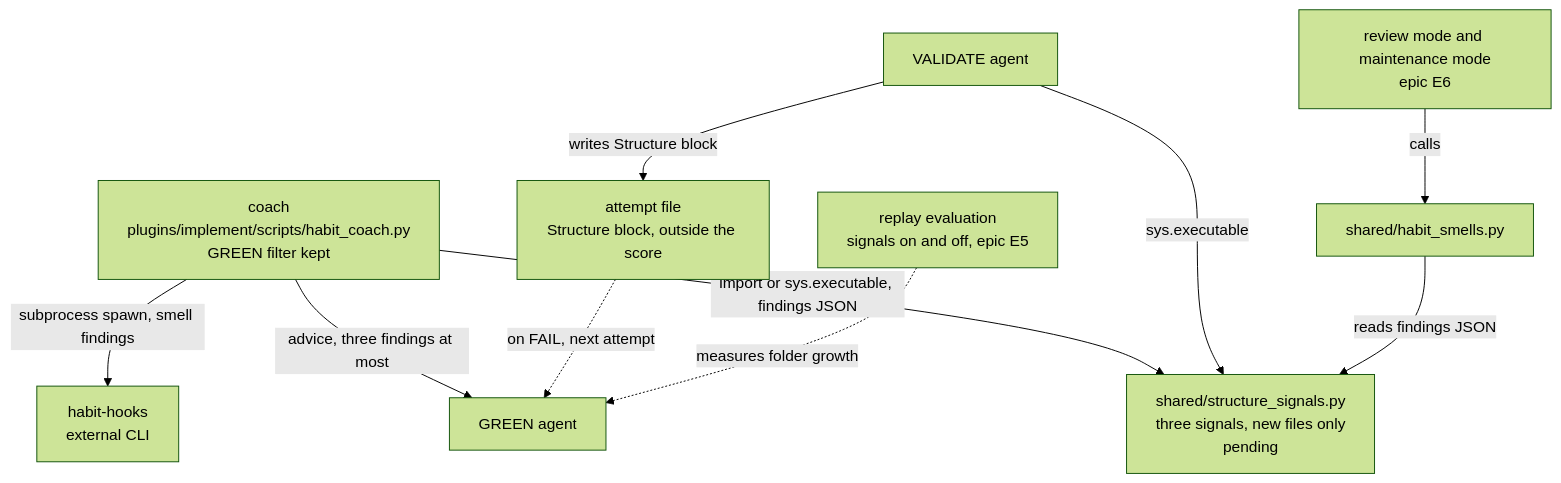
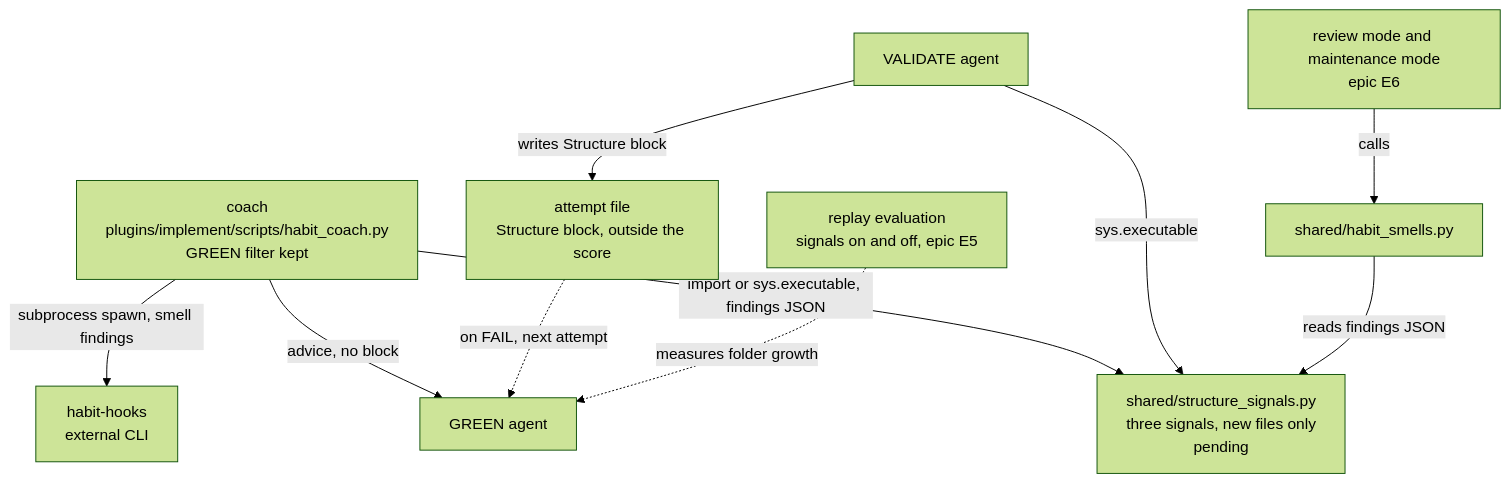
One commit to bjornslib/cobuilder-plugin changed the diagram in docs/architecture/designs/structure-coaching/diagrams/level-1.mmd. Above: the diagram before and after it, drawn with Mermaid (forest theme). The commit also changed 12 other files, not shown here.

```diff
--- a/docs/architecture/designs/structure-coaching/diagrams/level-1.mmd
+++ b/docs/architecture/designs/structure-coaching/diagrams/level-1.mmd
@@ -1,20 +1,20 @@
 flowchart TB
     Signals["shared/structure_signals.py\nthree signals, new files only\npending"]
     Coach["coach\nplugins/implement/scripts/habit_coach.py\nGREEN filter kept"]
     Hooks["habit-hooks\nexternal CLI"]
     Green["GREEN agent"]
     Validate["VALIDATE agent"]
     Attempt["attempt file\nStructure block, outside the score"]
     Smells["shared/habit_smells.py"]
     Modes["review mode and maintenance mode\nepic E6"]
     Replay["replay evaluation\nsignals on and off, epic E5"]
 
     Coach -->|"import or sys.executable, findings JSON"| Signals
     Coach -->|"subprocess spawn, smell findings"| Hooks
-    Coach -->|"advice, three findings at most"| Green
+    Coach -->|"advice, no block"| Green
     Validate -->|"sys.executable"| Signals
     Validate -->|"writes Structure block"| Attempt
     Attempt -.->|"on FAIL, next attempt"| Green
     Smells -->|"reads findings JSON"| Signals
     Modes -->|"calls"| Smells
     Replay -.->|"measures folder growth"| Green
```
